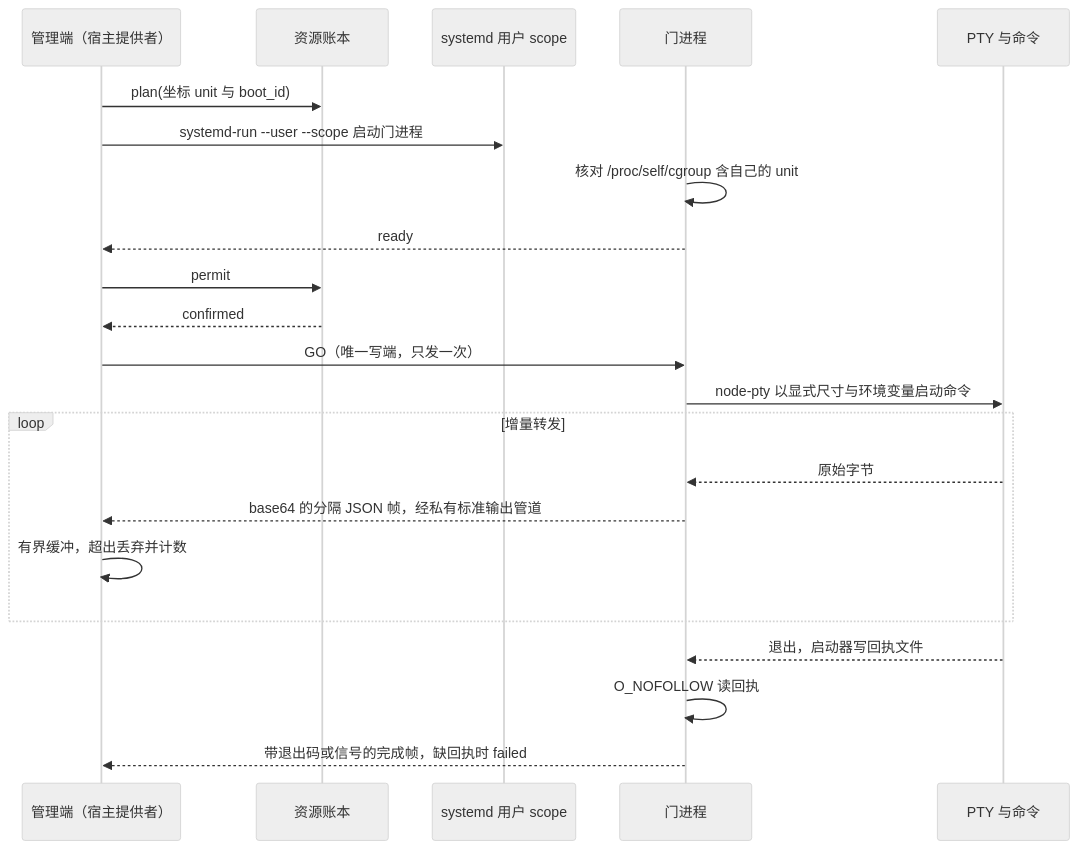
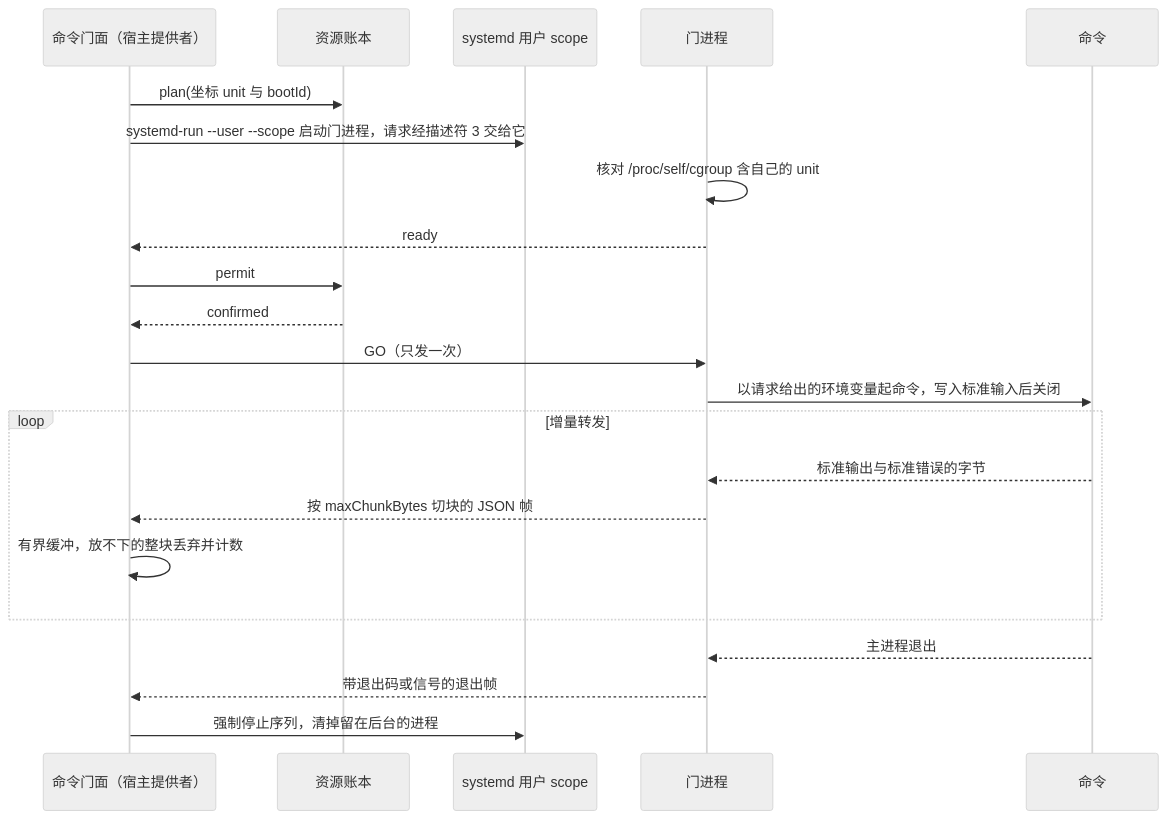
Before and after one commit to nemori-ai/omne-harness-lite: the fourth of 5 diagrams in packages/execution/execution-environment-host-local/docs/flows.md, drawn with Mermaid (neutral theme). The commit also changed other lines of this file and 8 other files, not shown here.

````diff
--- a/packages/execution/execution-environment-host-local/docs/flows.md
+++ b/packages/execution/execution-environment-host-local/docs/flows.md
@@ -122,24 +122,24 @@
 ```mermaid
 sequenceDiagram
-  participant M as 管理端（宿主提供者）
+  participant M as 命令门面（宿主提供者）
   participant R as 资源账本
   participant S as systemd 用户 scope
   participant G as 门进程
-  participant T as PTY 与命令
-  M->>R: plan(坐标 unit 与 boot_id)
-  M->>S: systemd-run --user --scope 启动门进程
+  participant T as 命令
+  M->>R: plan(坐标 unit 与 bootId)
+  M->>S: systemd-run --user --scope 启动门进程，请求经描述符 3 交给它
   G->>G: 核对 /proc/self/cgroup 含自己的 unit
   G-->>M: ready
   M->>R: permit
   R-->>M: confirmed
-  M->>G: GO（唯一写端，只发一次）
-  G->>T: node-pty 以显式尺寸与环境变量启动命令
+  M->>G: GO（只发一次）
+  G->>T: 以请求给出的环境变量起命令，写入标准输入后关闭
   loop 增量转发
-    T-->>G: 原始字节
-    G-->>M: base64 的分隔 JSON 帧，经私有标准输出管道
-    M->>M: 有界缓冲，超出丢弃并计数
+    T-->>G: 标准输出与标准错误的字节
+    G-->>M: 按 maxChunkBytes 切块的 JSON 帧
+    M->>M: 有界缓冲，放不下的整块丢弃并计数
   end
-  T-->>G: 退出，启动器写回执文件
-  G->>G: O_NOFOLLOW 读回执
-  G-->>M: 带退出码或信号的完成帧，缺回执时 failed
+  T-->>G: 主进程退出
+  G-->>M: 带退出码或信号的退出帧
+  M->>S: 强制停止序列，清掉留在后台的进程
 ```
````
